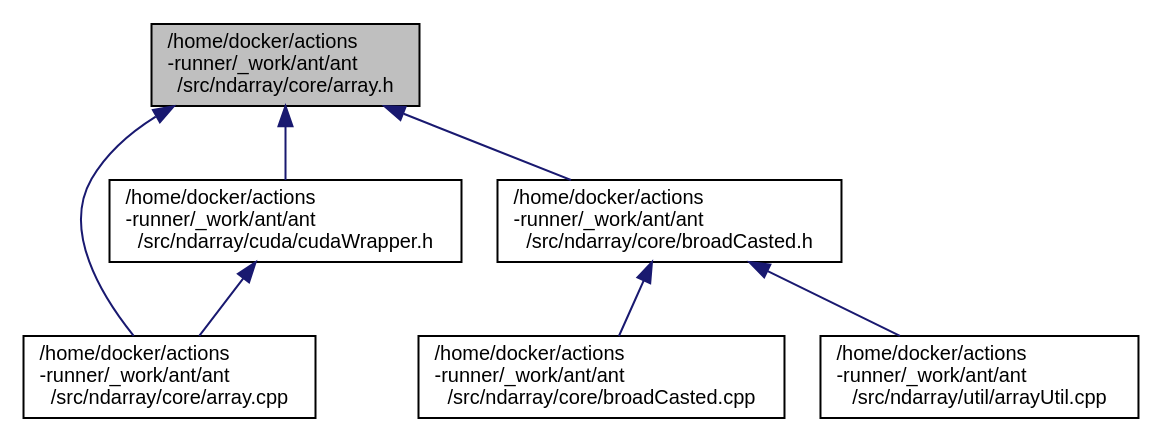
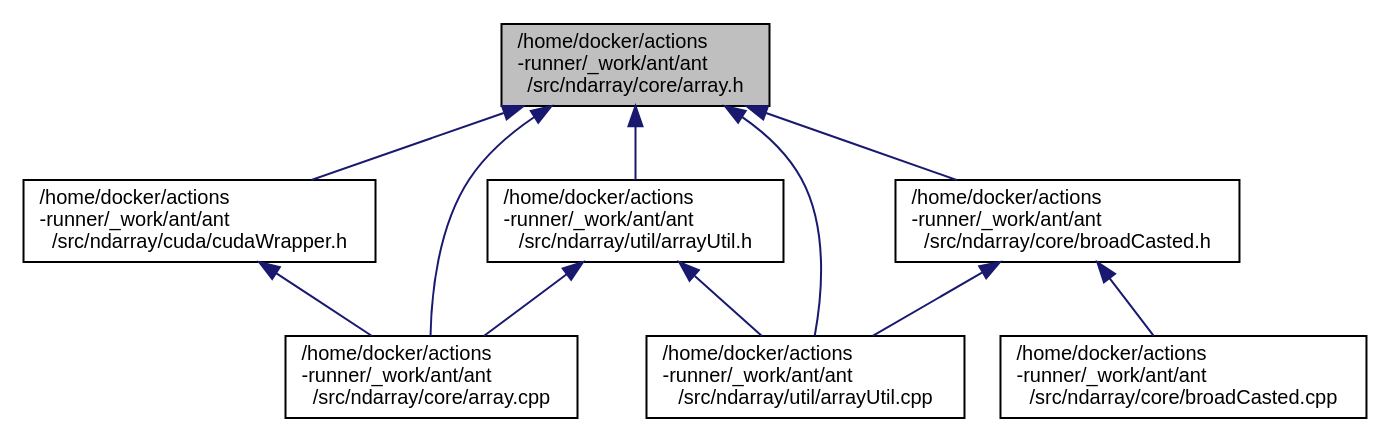
The diagram in array_8h__dep__incl.dot (durbin-164/ant), drawn with Graphviz before and after one commit. The commit also changed 144 other files, not shown here.

```diff
--- a/array_8h__dep__incl.dot
+++ b/array_8h__dep__incl.dot
@@ -1,18 +1,23 @@
 digraph "/home/docker/actions-runner/_work/ant/ant/src/ndarray/core/array.h"
 {
  // LATEX_PDF_SIZE
   edge [fontname="Helvetica",fontsize="10",labelfontname="Helvetica",labelfontsize="10"];
   node [fontname="Helvetica",fontsize="10",shape=record];
   Node1 [label="/home/docker/actions\l-runner/_work/ant/ant\l/src/ndarray/core/array.h",height=0.2,width=0.4,color="black", fillcolor="grey75", style="filled", fontcolor="black",tooltip=" "];
   Node1 -> Node2 [dir="back",color="midnightblue",fontsize="10",style="solid",fontname="Helvetica"];
   Node2 [label="/home/docker/actions\l-runner/_work/ant/ant\l/src/ndarray/core/array.cpp",height=0.2,width=0.4,color="black", fillcolor="white", style="filled",URL="$array_8cpp.html",tooltip=" "];
   Node1 -> Node3 [dir="back",color="midnightblue",fontsize="10",style="solid",fontname="Helvetica"];
   Node3 [label="/home/docker/actions\l-runner/_work/ant/ant\l/src/ndarray/core/broadCasted.h",height=0.2,width=0.4,color="black", fillcolor="white", style="filled",URL="$broadCasted_8h.html",tooltip=" "];
   Node3 -> Node4 [dir="back",color="midnightblue",fontsize="10",style="solid",fontname="Helvetica"];
   Node4 [label="/home/docker/actions\l-runner/_work/ant/ant\l/src/ndarray/core/broadCasted.cpp",height=0.2,width=0.4,color="black", fillcolor="white", style="filled",URL="$broadCasted_8cpp.html",tooltip=" "];
   Node3 -> Node5 [dir="back",color="midnightblue",fontsize="10",style="solid",fontname="Helvetica"];
   Node5 [label="/home/docker/actions\l-runner/_work/ant/ant\l/src/ndarray/util/arrayUtil.cpp",height=0.2,width=0.4,color="black", fillcolor="white", style="filled",URL="$arrayUtil_8cpp.html",tooltip=" "];
   Node1 -> Node6 [dir="back",color="midnightblue",fontsize="10",style="solid",fontname="Helvetica"];
   Node6 [label="/home/docker/actions\l-runner/_work/ant/ant\l/src/ndarray/cuda/cudaWrapper.h",height=0.2,width=0.4,color="black", fillcolor="white", style="filled",URL="$cudaWrapper_8h.html",tooltip=" "];
   Node6 -> Node2 [dir="back",color="midnightblue",fontsize="10",style="solid",fontname="Helvetica"];
+  Node1 -> Node5 [dir="back",color="midnightblue",fontsize="10",style="solid",fontname="Helvetica"];
+  Node1 -> Node7 [dir="back",color="midnightblue",fontsize="10",style="solid",fontname="Helvetica"];
+  Node7 [label="/home/docker/actions\l-runner/_work/ant/ant\l/src/ndarray/util/arrayUtil.h",height=0.2,width=0.4,color="black", fillcolor="white", style="filled",URL="$arrayUtil_8h.html",tooltip=" "];
+  Node7 -> Node2 [dir="back",color="midnightblue",fontsize="10",style="solid",fontname="Helvetica"];
+  Node7 -> Node5 [dir="back",color="midnightblue",fontsize="10",style="solid",fontname="Helvetica"];
 }
```
